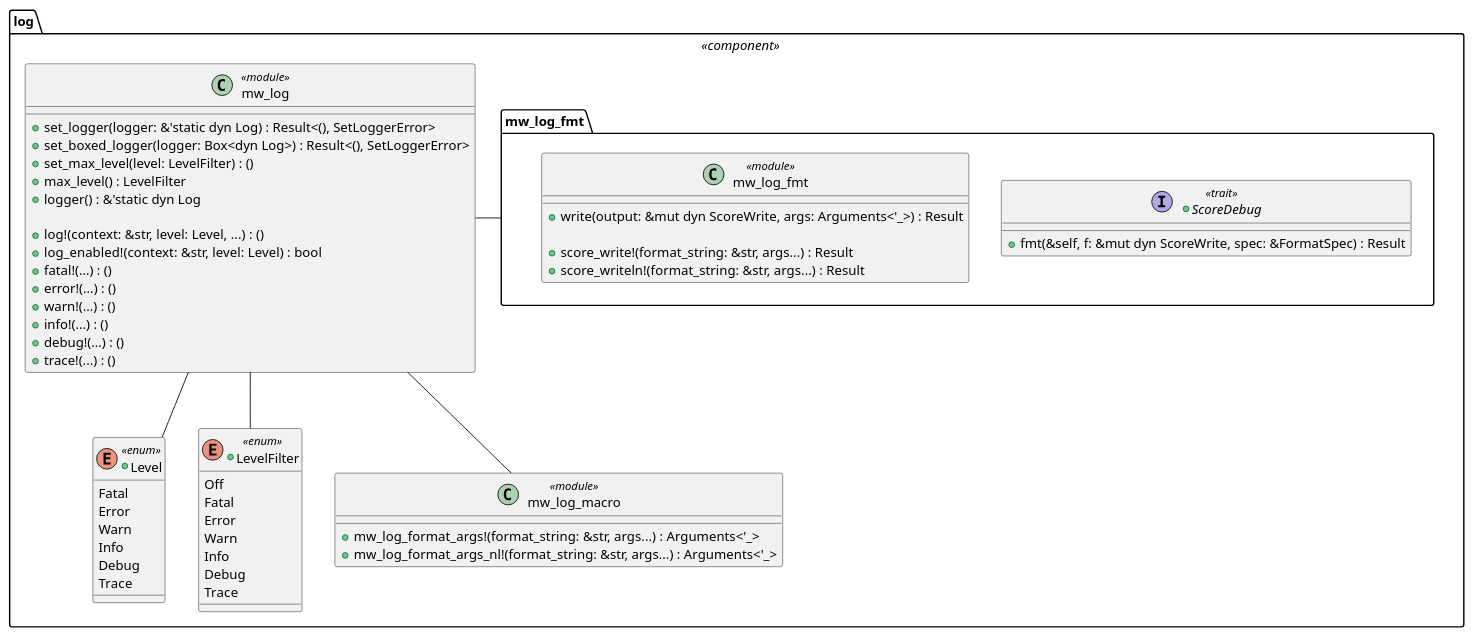
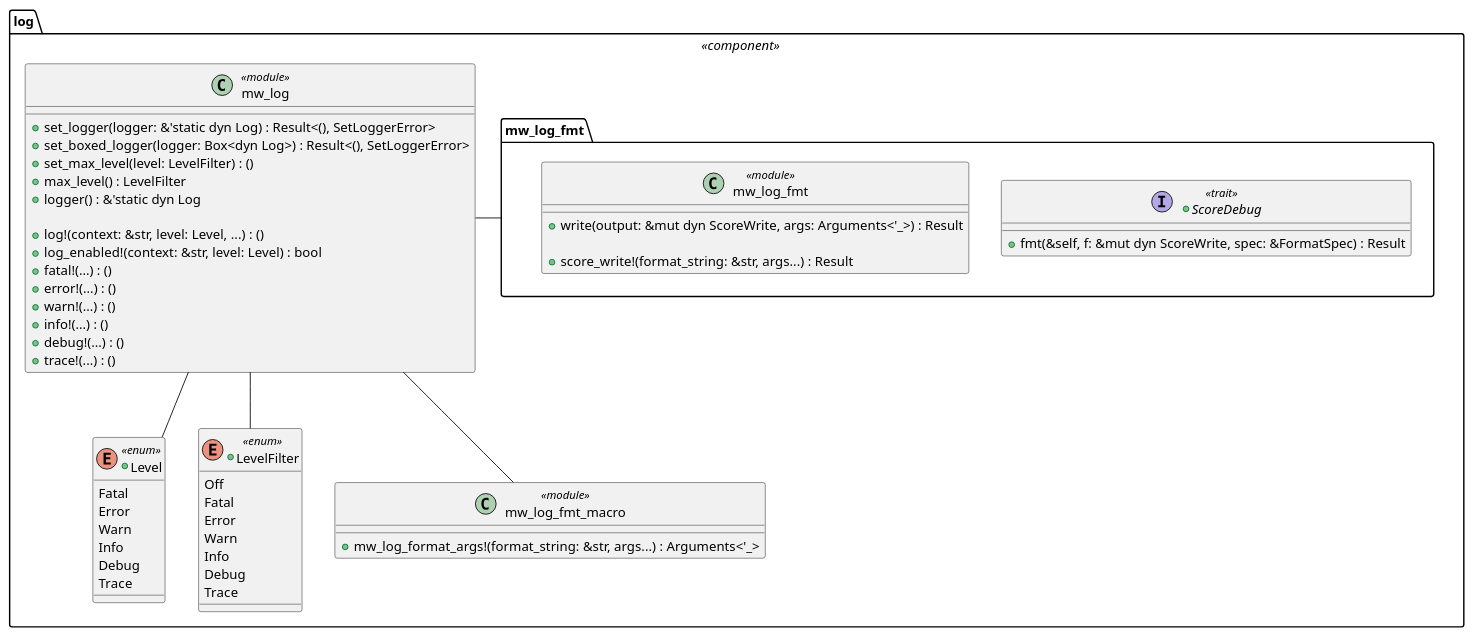
The diagram in docs/baselibs_rust/log/architecture/_assets/interface.puml (qorix-group/baselibs_rust), drawn with PlantUML before and after one commit. The commit also changed 16 other files, not shown here.

First line of the commit message:
log: `mw_log_fmt_macro` implementation

```diff
--- a/docs/baselibs_rust/log/architecture/_assets/interface.puml
+++ b/docs/baselibs_rust/log/architecture/_assets/interface.puml
@@ -1,64 +1,62 @@
 @startuml log_interface
 
 package log <<component>> {
     +enum Level <<enum>> {
         Fatal
         Error
         Warn
         Info
         Debug
         Trace
     }
 
     +enum LevelFilter <<enum>> {
         Off
         Fatal
         Error
         Warn
         Info
         Debug
         Trace
     }
 
     class mw_log <<module>> {
         +set_logger(logger: &'static dyn Log) : Result<(), SetLoggerError>
         +set_boxed_logger(logger: Box<dyn Log>) : Result<(), SetLoggerError>
         +set_max_level(level: LevelFilter) : ()
         +max_level() : LevelFilter
         +logger() : &'static dyn Log
 
         +log!(context: &str, level: Level, ...) : ()
         +log_enabled!(context: &str, level: Level) : bool
         +fatal!(...) : ()
         +error!(...) : ()
         +warn!(...) : ()
         +info!(...) : ()
         +debug!(...) : ()
         +trace!(...) : ()
     }
 
-    class mw_log_macro <<module>> {
+    class mw_log_fmt_macro <<module>> {
         +mw_log_format_args!(format_string: &str, args...) : Arguments<'_>
-        +mw_log_format_args_nl!(format_string: &str, args...) : Arguments<'_>
     }
 
     package mw_log_fmt {
         +interface ScoreDebug <<trait>> {
             +fmt(&self, f: &mut dyn ScoreWrite, spec: &FormatSpec) : Result
         }
 
         class mw_log_fmt <<module>> {
             +write(output: &mut dyn ScoreWrite, args: Arguments<'_>) : Result
 
             +score_write!(format_string: &str, args...) : Result
-            +score_writeln!(format_string: &str, args...) : Result
         }
     }
 
     mw_log -- Level
     mw_log -- LevelFilter
-    mw_log -- mw_log_macro
+    mw_log -- mw_log_fmt_macro
     mw_log -right- mw_log_fmt
 }
 
 @enduml
```
